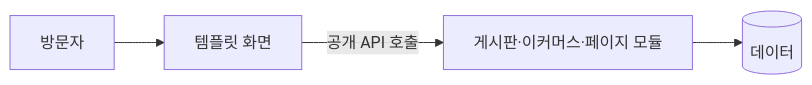
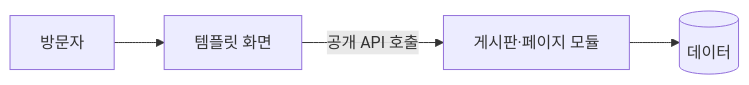
Before and after one commit to William1607cho/g7-wc-community: the second of 2 diagrams in README.md, drawn with Mermaid. The commit also changed other lines of this file and 124 other files, not shown here.

````diff
--- a/README.md
+++ b/README.md
@@ -108,6 +106,6 @@
 ```mermaid
 flowchart LR
   V[방문자] --> T[템플릿 화면]
-  T -->|공개 API 호출| MOD[게시판·이커머스·페이지 모듈]
+  T -->|공개 API 호출| MOD[게시판·페이지 모듈]
   MOD --> DB[(데이터)]
 ```
````
